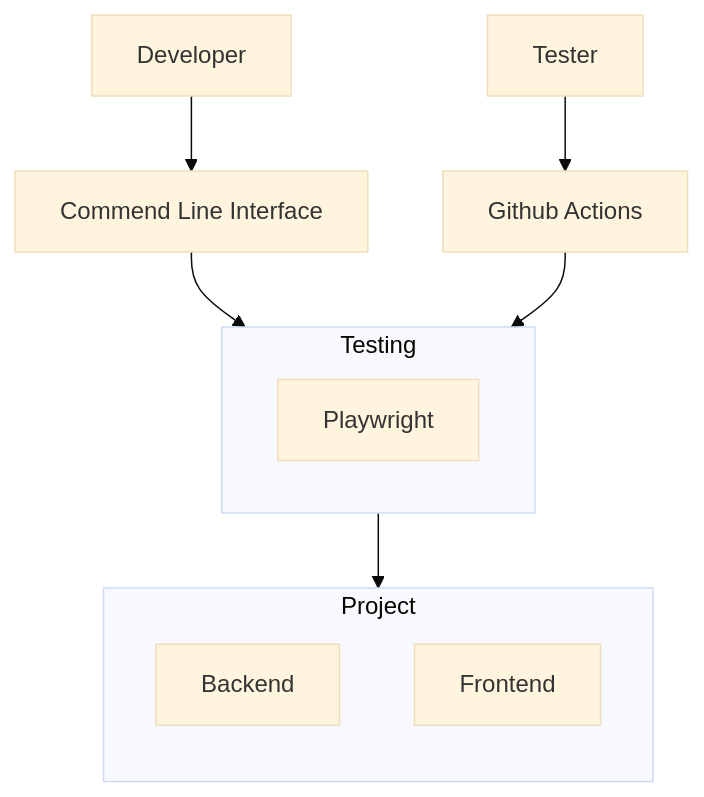
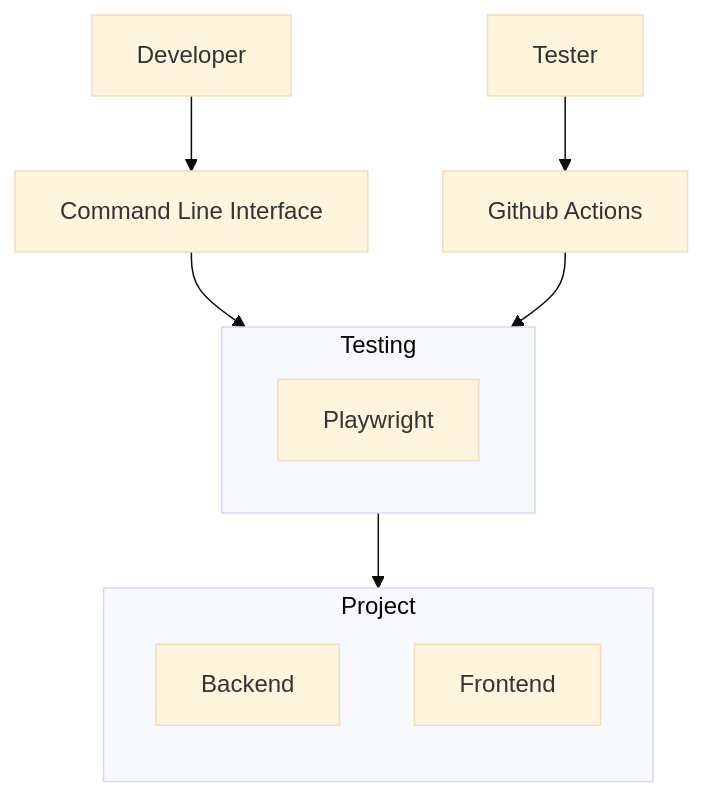
Before and after one commit to OfficialApurvChatur/POC01: the fifth of 7 diagrams in Readme.md, drawn with Mermaid (base theme). The commit also changed other lines of this file, not shown here.

````diff
--- a/Readme.md
+++ b/Readme.md
@@ -93,21 +93,21 @@
 ```mermaid
   flowchart
     Developer["Developer"]
-      CLI["Commend Line Interface"]
+      CLI["Command Line Interface"]
     Tester["Tester"]
       GithubActions["Github Actions"]
     subgraph Testing["Testing"]
       Playwright["Playwright"]
     end
     subgraph Project["Project"]
       direction TB
       Backend["Backend"]
       Frontend["Frontend"]
     end
 
     Developer --> CLI
     Tester --> GithubActions
       CLI --> Testing
       GithubActions --> Testing
         Testing --> Project
 ```
````
